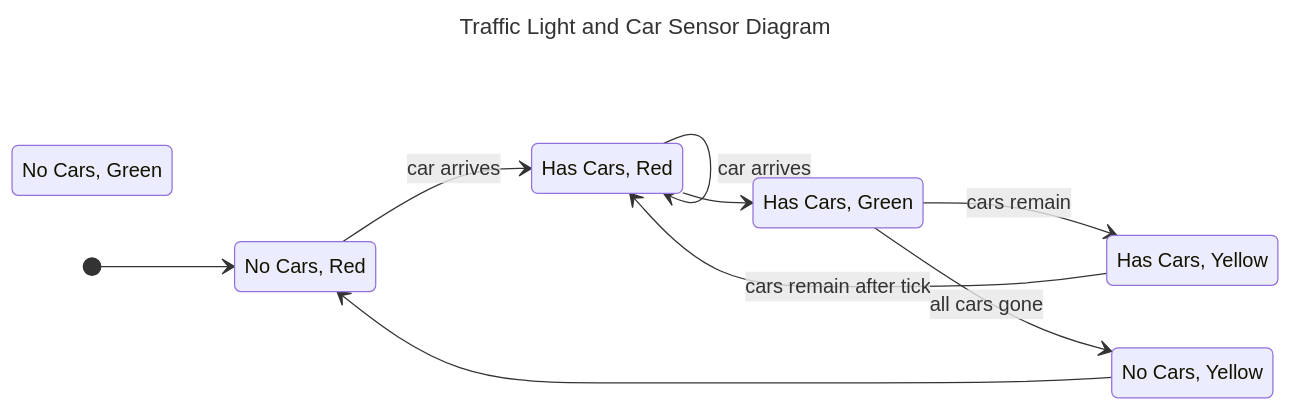
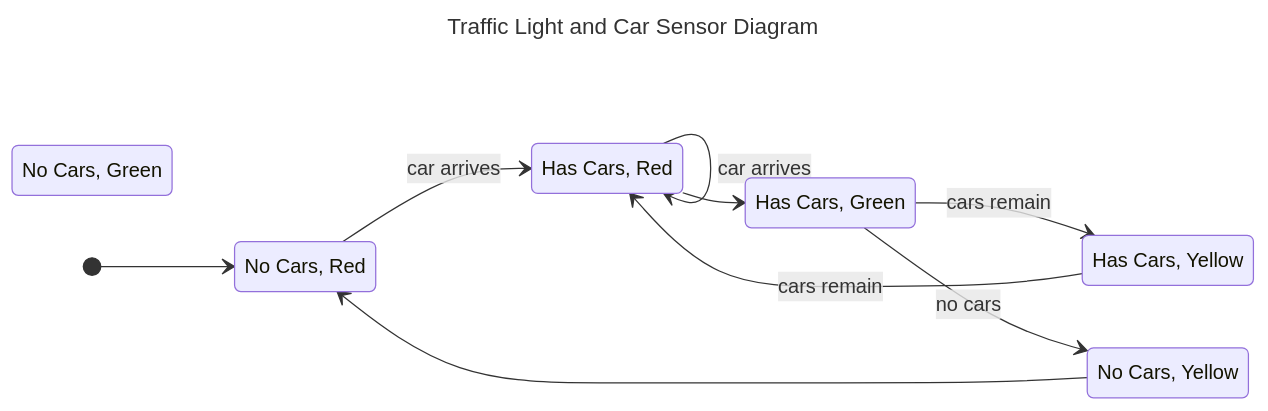
Before and after one commit to VinayakFia/Obsidian: the third of 4 diagrams in COMP3153/System Model - Vinayak Fialok.md, drawn with Mermaid. The commit also changed other lines of this file, not shown here.

````diff
--- a/COMP3153/System Model - Vinayak Fialok.md
+++ b/COMP3153/System Model - Vinayak Fialok.md
@@ -58,21 +58,21 @@
 ```mermaid
 ---
 title: Traffic Light and Car Sensor Diagram
 ---
 stateDiagram-v2
 	direction LR
 	ng: No Cars, Green
 	nr: No Cars, Red
 	ny: No Cars, Yellow
 	hg: Has Cars, Green
 	hr: Has Cars, Red
 	hy: Has Cars, Yellow
 	[*] --> nr
 	nr --> hr : car arrives
 	hr --> hr : car arrives
 	hr --> hg
 	hg --> hy : cars remain
-	hg --> ny : all cars gone
+	hg --> ny : no cars
 	ny --> nr
-	hy --> hr : cars remain after tick
+	hy --> hr : cars remain
 ```
````
